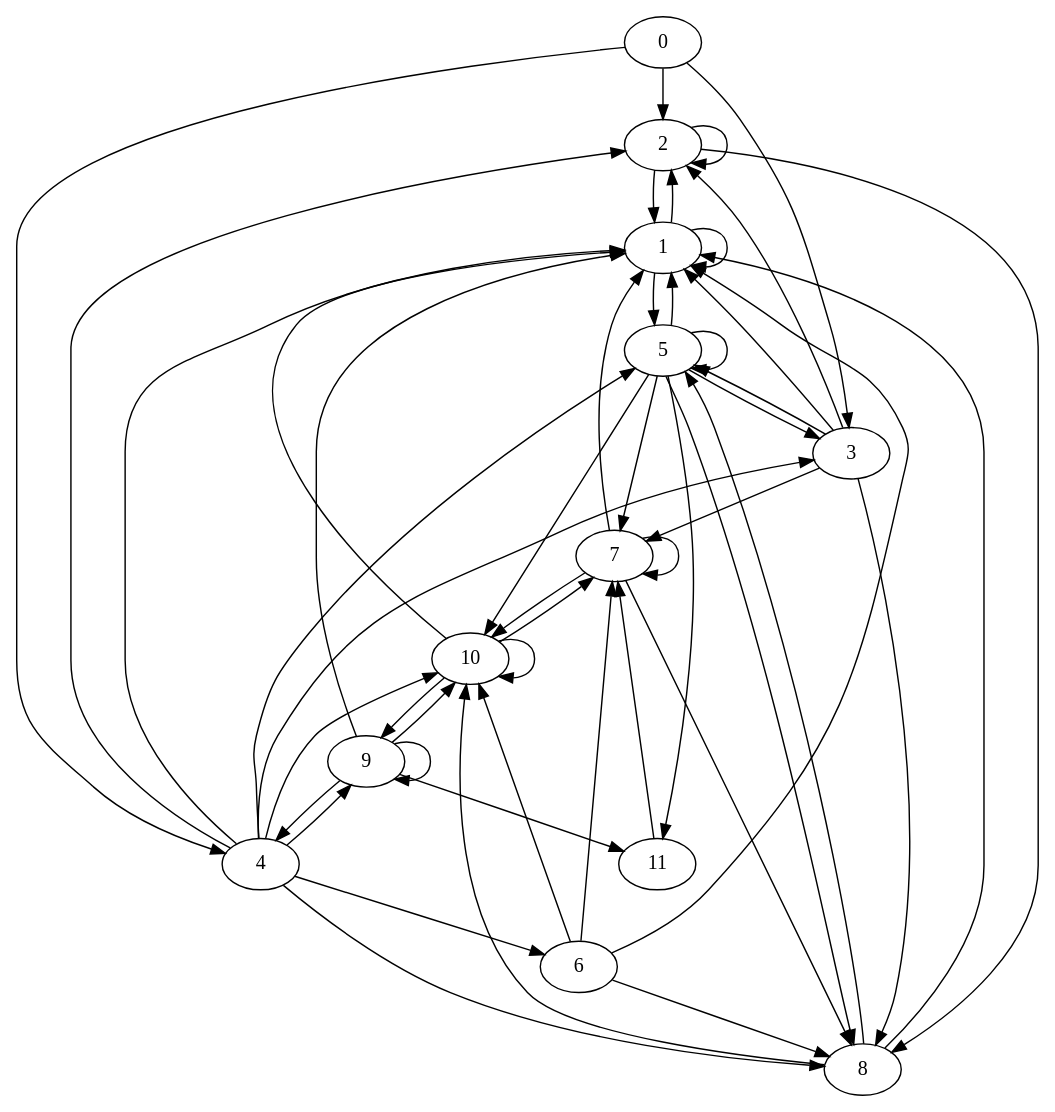
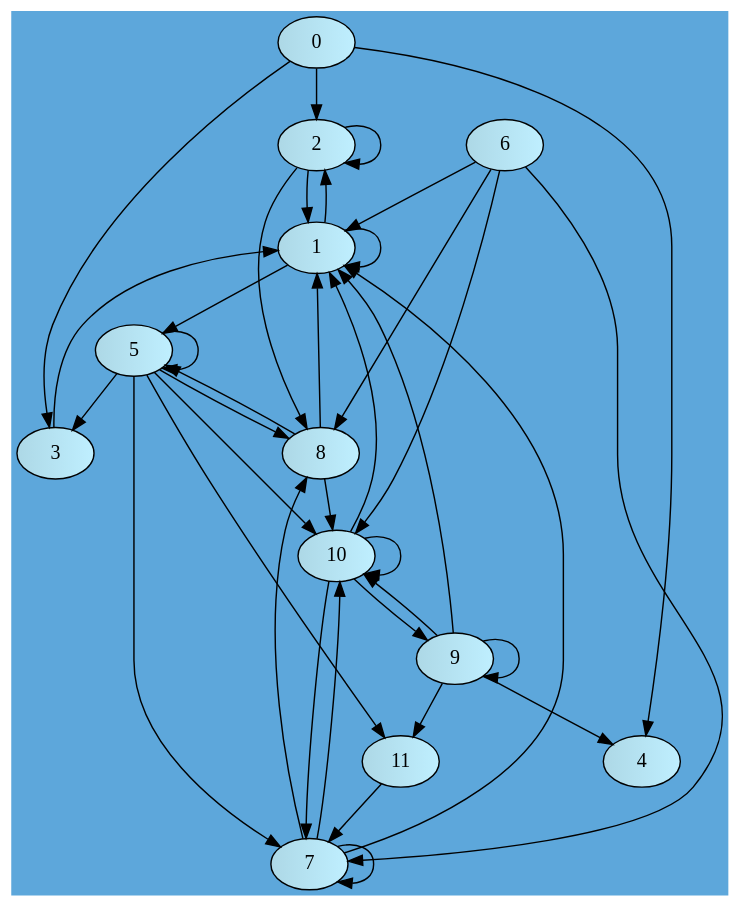
Before and after one commit to ASique-4/-EDD_2S-BatallaNaval_202012039: the diagram in Fase3/Interfaz/grafo.dot, drawn with Graphviz. The commit also changed 14 other files, not shown here.

```diff
--- a/Fase3/Interfaz/grafo.dot
+++ b/Fase3/Interfaz/grafo.dot
@@ -1,52 +1,41 @@
 digraph G {
+bgcolor="#5DA7DB"
+node [ style=filled,shape = oval, fillcolor="lightblue:lightblue1"]
 0->2;
 0->3;
 0->4;
 1->1;
 1->2;
 1->5;
 2->1;
 2->2;
 2->8;
 3->1;
-3->2;
-3->5;
-3->7;
-3->8;
-4->1;
-4->2;
-4->3;
-4->5;
-4->6;
-4->8;
-4->9;
-4->10;
-5->1;
 5->3;
 5->5;
 5->7;
 5->8;
 5->10;
 5->11;
 6->1;
 6->7;
 6->8;
 6->10;
 7->1;
 7->7;
 7->8;
 7->10;
 8->1;
 8->5;
 8->10;
 9->1;
 9->4;
 9->9;
 9->10;
 9->11;
 10->1;
 10->7;
 10->9;
 10->10;
 11->7;
 }
```
